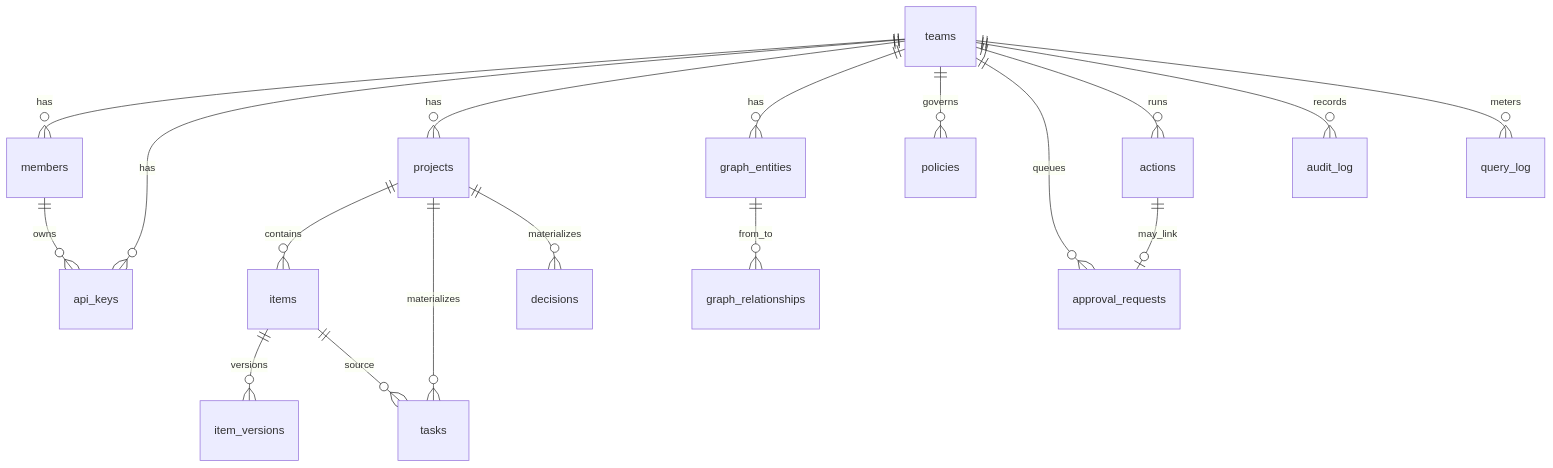
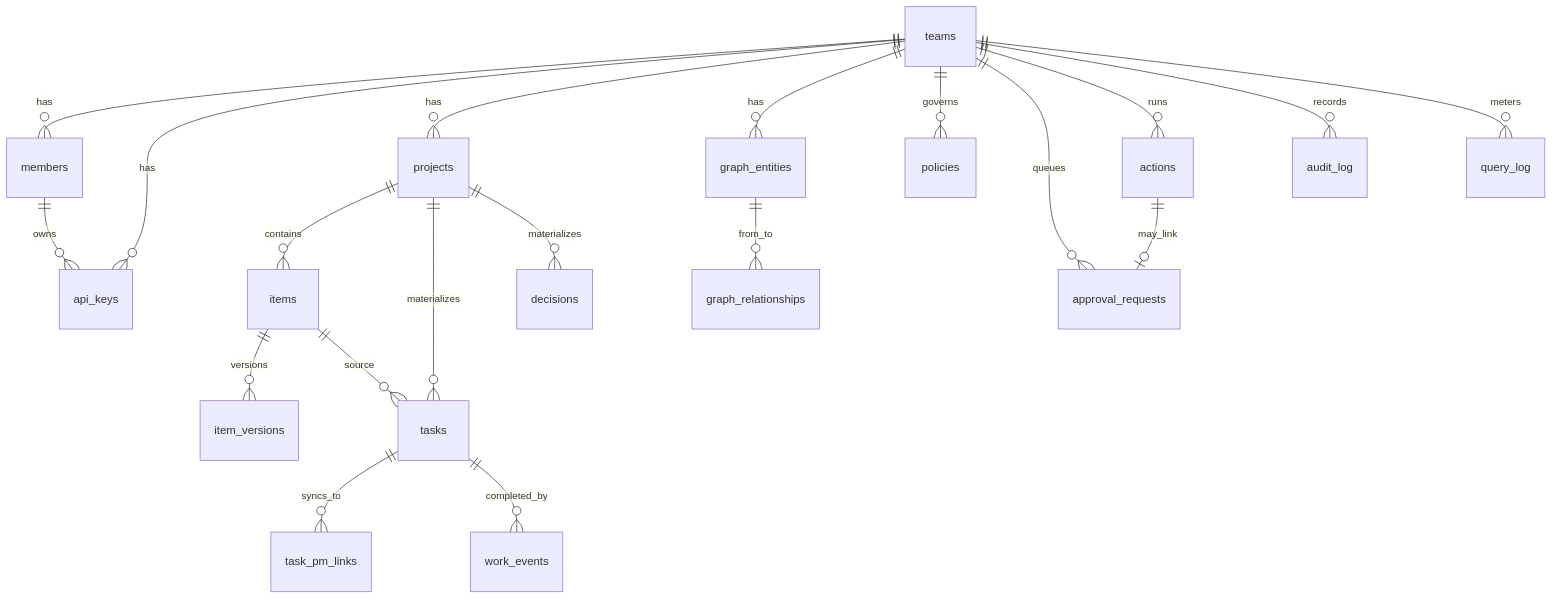
One commit to aiosbrain/aios-team-brain changed the seventh of 7 diagrams in docs/ARCHITECTURE.md. Above: the diagram before and after it, drawn with Mermaid. The commit also changed other lines of this file and 27 other files, not shown here.

````diff
--- a/docs/ARCHITECTURE.md
+++ b/docs/ARCHITECTURE.md
@@ -176,20 +199,22 @@
 ```mermaid
 erDiagram
   teams ||--o{ members : has
   teams ||--o{ api_keys : has
   members ||--o{ api_keys : owns
   teams ||--o{ projects : has
   projects ||--o{ items : contains
   items ||--o{ item_versions : versions
   projects ||--o{ tasks : materializes
+  tasks ||--o{ task_pm_links : syncs_to
+  tasks ||--o{ work_events : completed_by
   projects ||--o{ decisions : materializes
   items ||--o{ tasks : source
   teams ||--o{ graph_entities : has
   graph_entities ||--o{ graph_relationships : from_to
   teams ||--o{ policies : governs
   teams ||--o{ approval_requests : queues
   teams ||--o{ actions : runs
   actions ||--o| approval_requests : may_link
   teams ||--o{ audit_log : records
   teams ||--o{ query_log : meters
 ```
````
